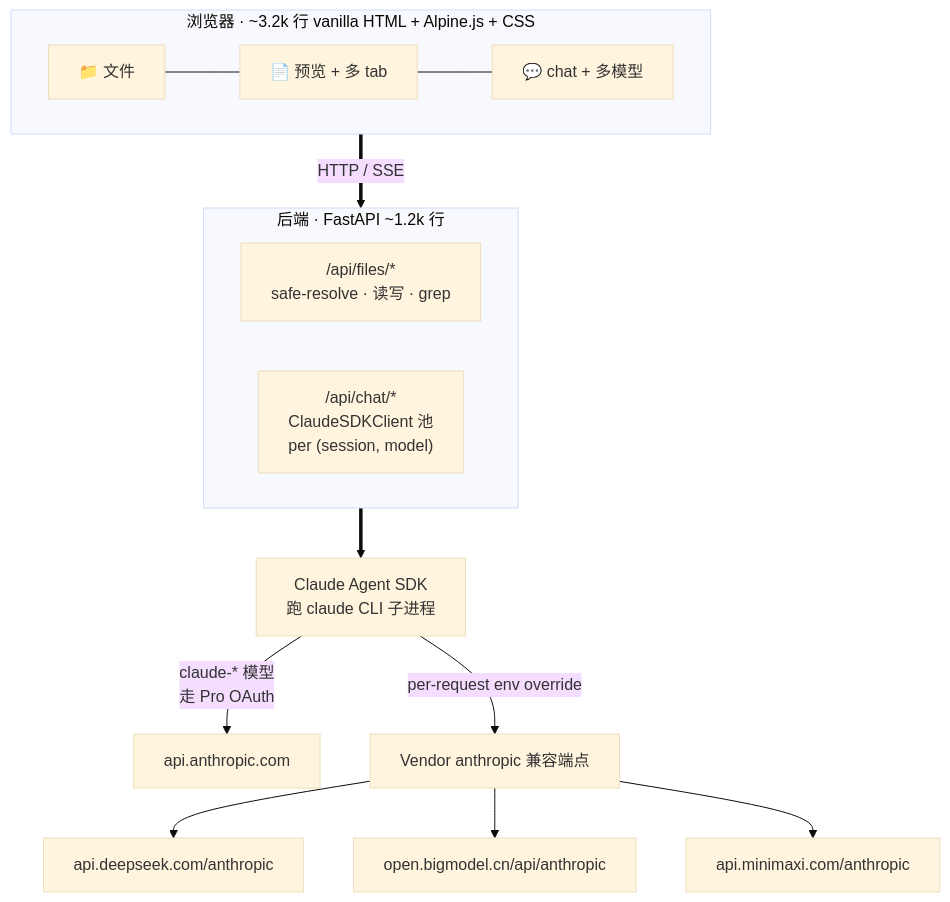
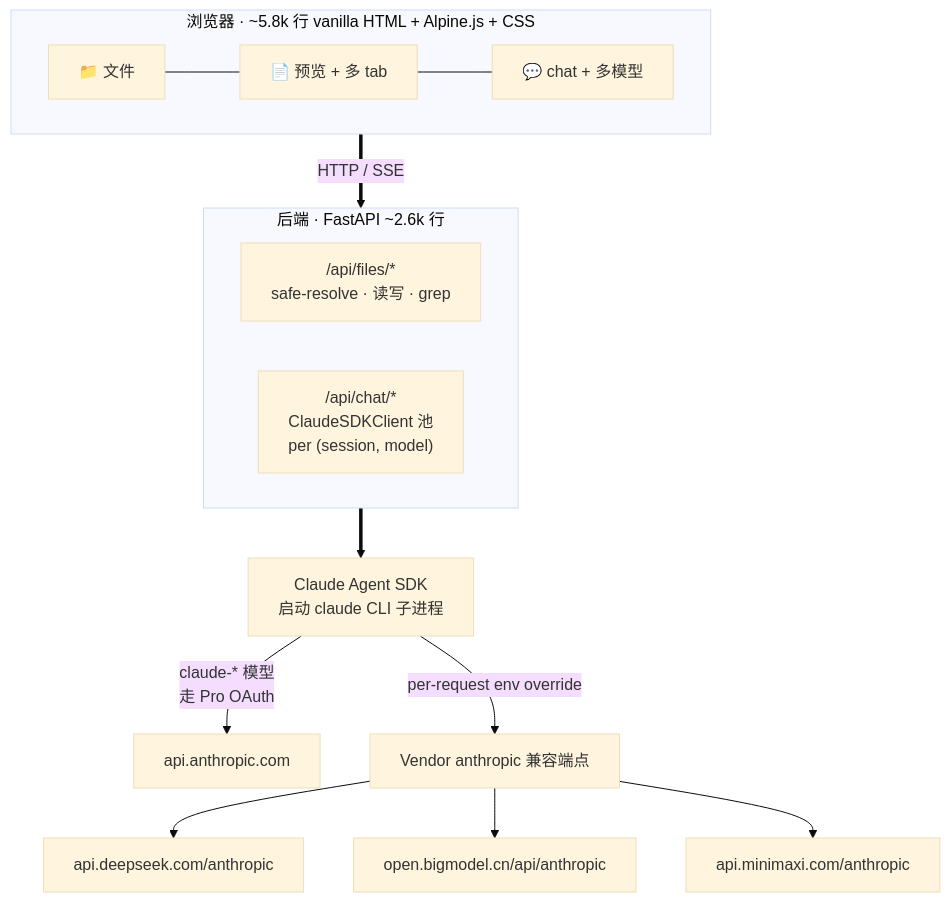
The diagram in README_zh.md (hesorchen/muselab), drawn with Mermaid (base theme) before and after one commit. The commit also changed other lines of this file and 1 other file, not shown here.

````diff
--- a/README_zh.md
+++ b/README_zh.md
@@ -283,17 +283,17 @@
 ```mermaid
 flowchart TB
-  subgraph Browser["浏览器 · ~3.2k 行 vanilla HTML + Alpine.js + CSS"]
+  subgraph Browser["浏览器 · ~5.8k 行 vanilla HTML + Alpine.js + CSS"]
     F[📁 文件] --- P[📄 预览 + 多 tab] --- C[💬 chat + 多模型]
   end
   Browser ==>|HTTP / SSE| BE
-  subgraph BE["后端 · FastAPI ~1.2k 行"]
+  subgraph BE["后端 · FastAPI ~2.6k 行"]
     A["/api/files/*<br/>safe-resolve · 读写 · grep"]
     B["/api/chat/*<br/>ClaudeSDKClient 池<br/>per (session, model)"]
   end
-  BE ==> SDK[Claude Agent SDK<br/>跑 claude CLI 子进程]
+  BE ==> SDK[Claude Agent SDK<br/>启动 claude CLI 子进程]
   SDK -->|claude-* 模型<br/>走 Pro OAuth| AN[api.anthropic.com]
   SDK -->|per-request env override| V[Vendor anthropic 兼容端点]
   V --> DS[api.deepseek.com/anthropic]
   V --> GL[open.bigmodel.cn/api/anthropic]
   V --> MM[api.minimaxi.com/anthropic]
 ```
````
